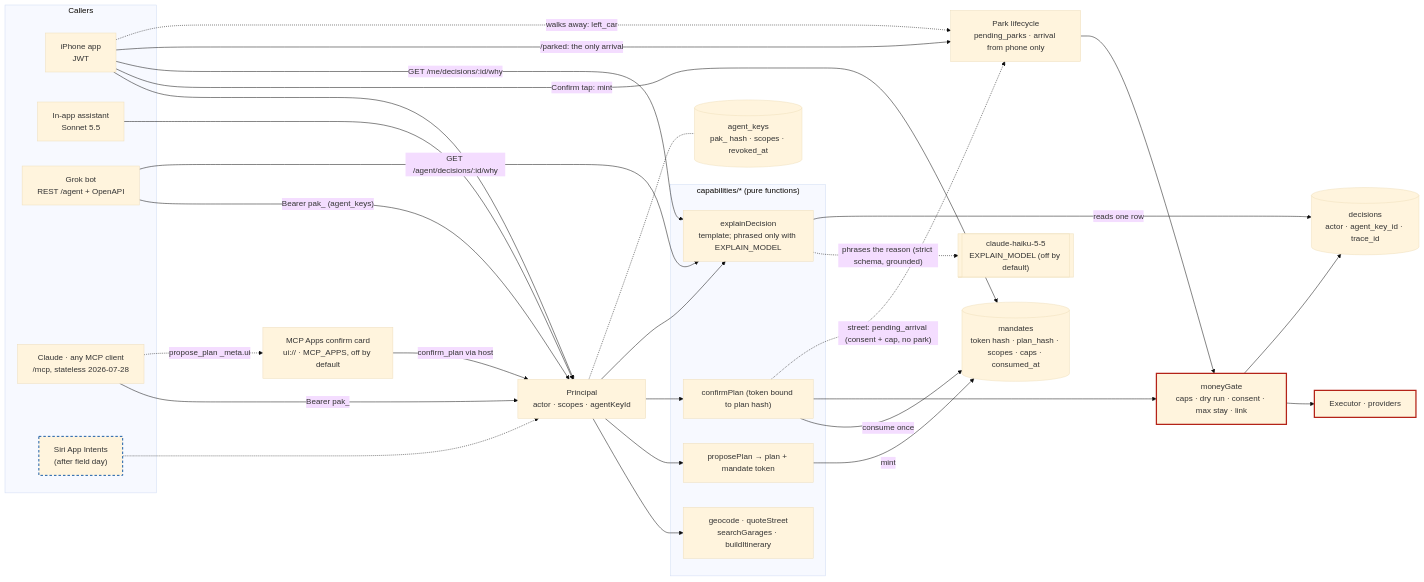
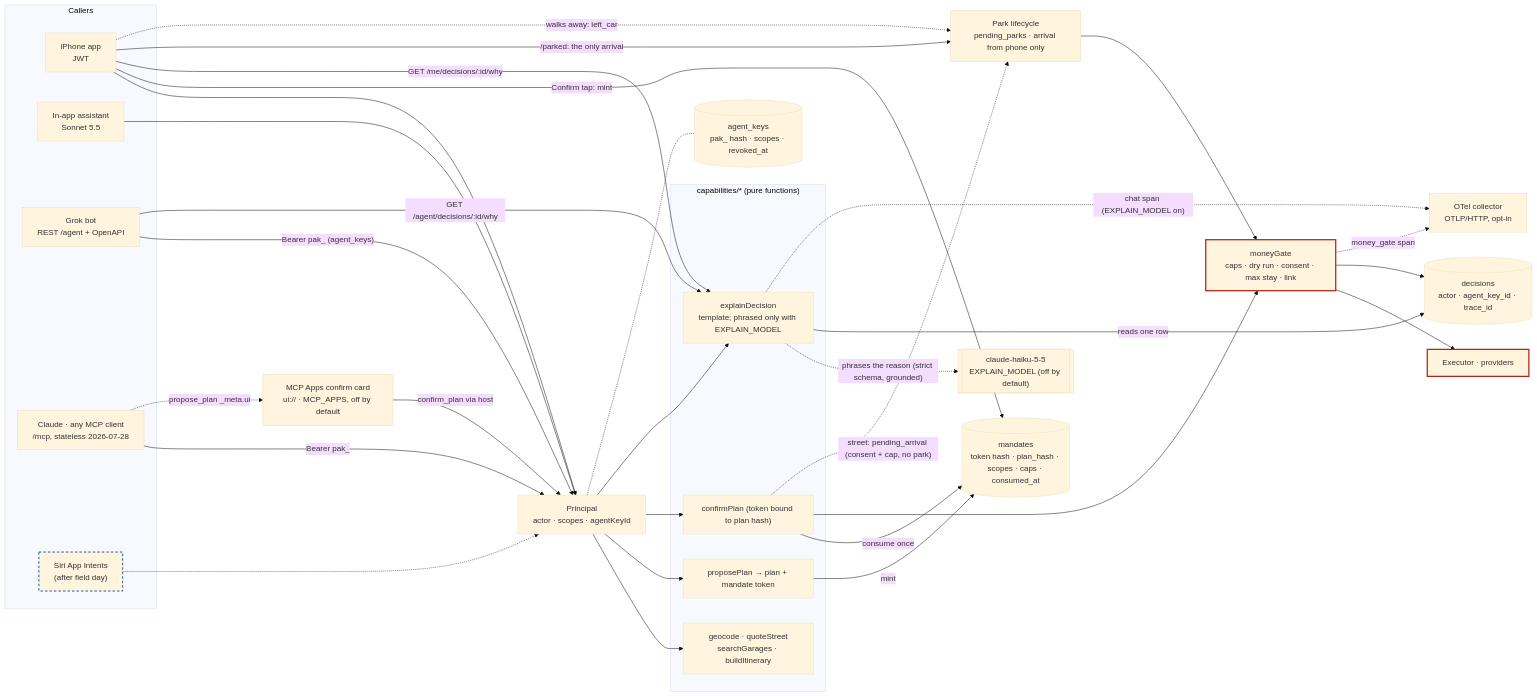
One commit to thomasbardhi01/parkagent changed the third of 4 diagrams in docs/architecture.md. Above: the diagram before and after it, drawn with Mermaid (base theme). The commit also changed other lines of this file and 28 other files, not shown here.

First line of the commit message:
Tracing: OpenTelemetry spans for requests, assistant turns, model and tool calls, and the money gate, opt-in by env (G) (#261)

````diff
--- a/docs/architecture.md
+++ b/docs/architecture.md
@@ -127,58 +133,61 @@
 ```mermaid
 flowchart LR
   subgraph Callers
     APP["iPhone app<br/>JWT"]
     LOOP["In-app assistant<br/>Sonnet 5.5"]
     GROK["Grok bot<br/>REST /agent + OpenAPI"]
     CL["Claude · any MCP client<br/>/mcp, stateless 2026-07-28"]
     SIRI["Siri App Intents<br/>(after field day)"]
   end
 
   P["Principal<br/>actor · scopes · agentKeyId"]
 
   subgraph Cap["capabilities/* (pure functions)"]
     C1["geocode · quoteStreet<br/>searchGarages · buildItinerary"]
     C2["proposePlan → plan + mandate token"]
     C3["confirmPlan (token bound to plan hash)"]
     C4["explainDecision<br/>template; phrased only with EXPLAIN_MODEL"]
   end
 
   GATE["moneyGate<br/>caps · dry run · consent · max stay · link"]
   LIFE["Park lifecycle<br/>pending_parks · arrival from phone only"]
   EXE["Executor · providers"]
+  OT["OTel collector<br/>OTLP/HTTP, opt-in"]
   DEC[("decisions<br/>actor · agent_key_id · trace_id")]
   KEYS[("agent_keys<br/>pak_ hash · scopes · revoked_at")]
   MAND[("mandates<br/>token hash · plan_hash · scopes · caps · consumed_at")]
   CARD["MCP Apps confirm card<br/>ui:// · MCP_APPS, off by default"]
 
   APP --> P
   LOOP --> P
   GROK -- "Bearer pak_ (agent_keys)" --> P
   CL -- "Bearer pak_" --> P
   CL -. "propose_plan _meta.ui" .-> CARD
   CARD -- "confirm_plan via host" --> P
   SIRI -.-> P
   P --> C1 & C2 & C3
   P --> C4
   P -.- KEYS
   C2 -- "mint" --> MAND
   C3 -- "consume once" --> MAND
   APP -- "Confirm tap: mint" --> MAND
   HAIKU[["claude-haiku-5-5<br/>EXPLAIN_MODEL (off by default)"]]
   C4 -. "phrases the reason (strict schema, grounded)" .-> HAIKU
   C4 -- "reads one row" --> DEC
   GROK -- "GET /agent/decisions/:id/why" --> C4
   APP -- "GET /me/decisions/:id/why" --> C4
   C3 --> GATE
   C3 -. "street: pending_arrival (consent + cap, no park)" .-> LIFE
   APP -- "/parked: the only arrival" --> LIFE
   LIFE --> GATE
   GATE --> EXE
   GATE --> DEC
+  GATE -. "money_gate span" .-> OT
+  C4 -. "chat span (EXPLAIN_MODEL on)" .-> OT
   APP -. "walks away: left_car" .-> LIFE
 
   classDef money stroke:#b42318,stroke-width:2.5px
   classDef planned stroke:#1d5fa8,stroke-width:2px,stroke-dasharray:5 4
   class GATE,EXE money
   class SIRI planned
 ```
````
